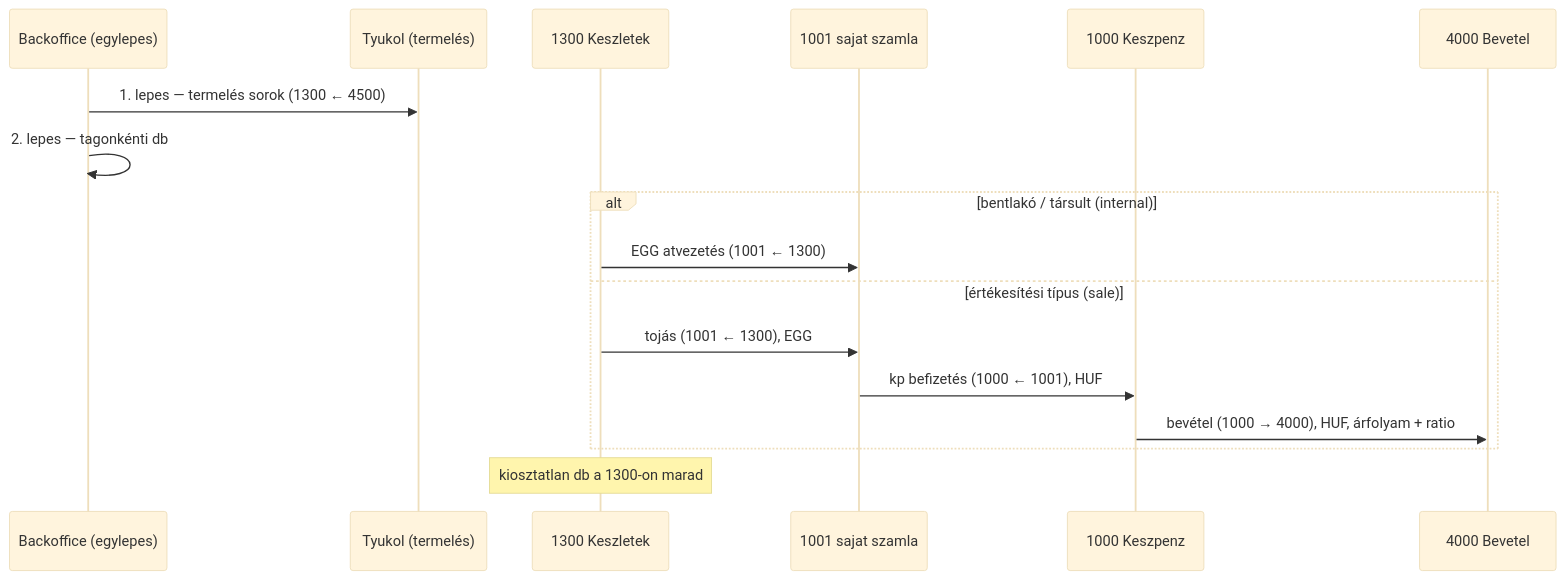
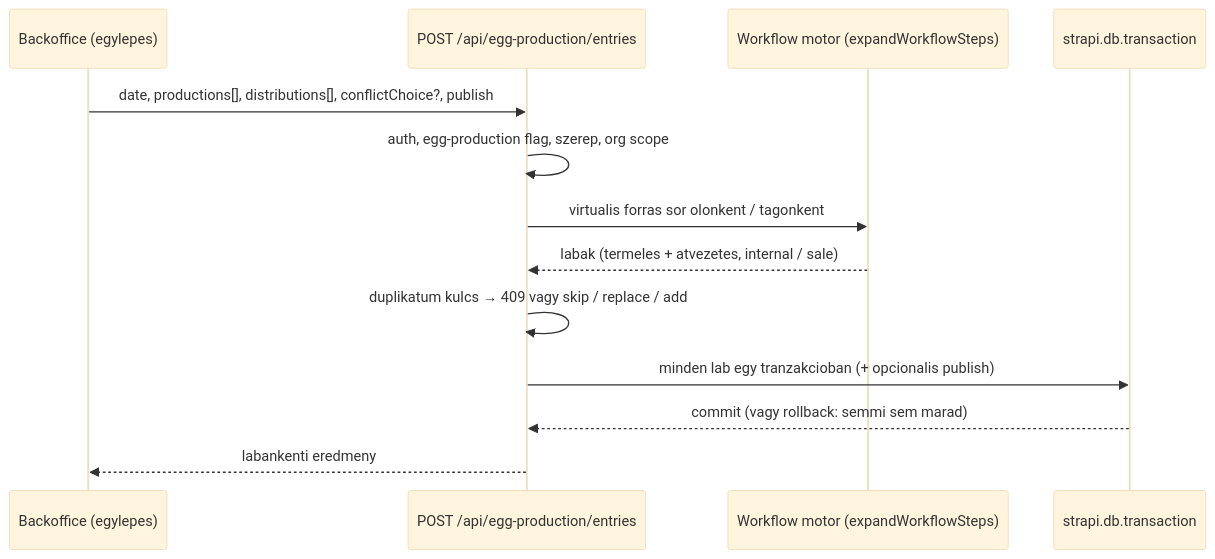
One commit to pitiboy/curr changed the seventh of 15 diagrams in docs/transaction-workflow.md. Above: the diagram before and after it, drawn with Mermaid (base theme). The commit also changed other lines of this file and 42 other files, not shown here.

First line of the commit message:
feat: napi tojás űrlap egy backend endpointon, workflow sablonokkal (#102)

````diff
--- a/docs/transaction-workflow.md
+++ b/docs/transaction-workflow.md
@@ -359,20 +369,16 @@
 ```mermaid
 sequenceDiagram
   participant BO as Backoffice (egylepes)
-  participant Ol as Tyukol (termelés)
-  participant Keszlet as 1300 Keszletek
-  participant Tag as 1001 sajat szamla
-  participant Penztar as 1000 Keszpenz
-  participant Ert as 4000 Bevetel
+  participant API as POST /api/egg-production/entries
+  participant WF as Workflow motor (expandWorkflowSteps)
+  participant DB as strapi.db.transaction
 
-  BO->>Ol: 1. lepes — termelés sorok (1300 ← 4500)
-  BO->>BO: 2. lepes — tagonkénti db
-  alt bentlakó / társult (internal)
-    Keszlet->>Tag: EGG atvezetés (1001 ← 1300)
-  else értékesítési típus (sale)
-    Keszlet->>Tag: tojás (1001 ← 1300), EGG
-    Tag->>Penztar: kp befizetés (1000 ← 1001), HUF
-    Penztar->>Ert: bevétel (1000 → 4000), HUF, árfolyam + ratio
-  end
-  Note over Keszlet: kiosztatlan db a 1300-on marad
+  BO->>API: date, productions[], distributions[], conflictChoice?, publish
+  API->>API: auth, egg-production flag, szerep, org scope
+  API->>WF: virtualis forras sor olonkent / tagonkent
+  WF-->>API: labak (termeles + atvezetes, internal / sale)
+  API->>API: duplikatum kulcs → 409 vagy skip / replace / add
+  API->>DB: minden lab egy tranzakcioban (+ opcionalis publish)
+  DB-->>API: commit (vagy rollback: semmi sem marad)
+  API-->>BO: labankenti eredmeny
 ```
````
